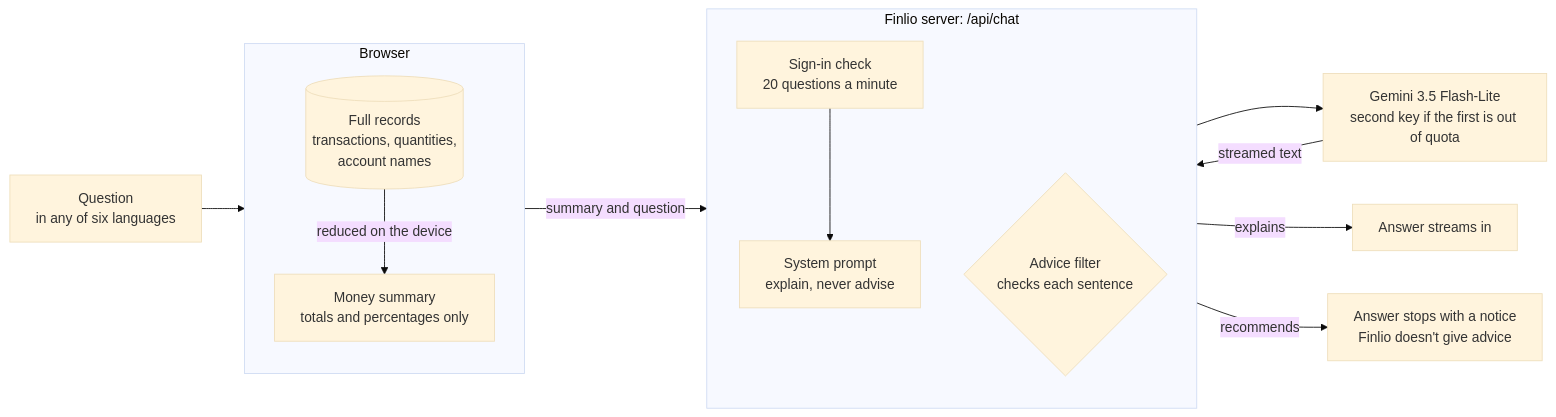
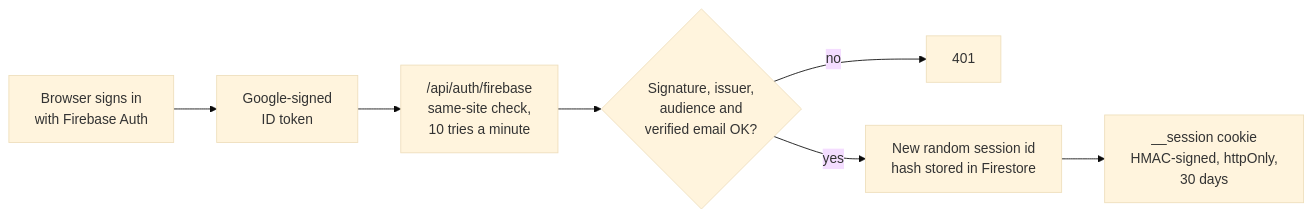
The third of 4 diagrams in README.md (Gokulakrishnxn/Finlioo), drawn with Mermaid (base theme) before and after one commit. The commit also changed other lines of this file, not shown here.

Commit message:
docs: rewrite the README as a solution architecture

````diff
--- a/README.md
+++ b/README.md
@@ -61,30 +171,9 @@
 ```mermaid
 flowchart LR
-    Q["Question<br/>in any of six languages"]
-
-    subgraph Device["Browser"]
-        direction TB
-        Books[("Full records<br/>transactions, quantities,<br/>account names")]
-        Sum["Money summary<br/>totals and percentages only"]
-        Books -- "reduced on the device" --> Sum
-    end
-
-    subgraph Server["Finlio server: /api/chat"]
-        direction TB
-        Gate["Sign-in check<br/>20 questions a minute"]
-        Rules["System prompt<br/>explain, never advise"]
-        Filter{"Advice filter<br/>checks each sentence"}
-    end
-
-    Model["Gemini 3.5 Flash-Lite<br/>second key if the first is out of quota"]
-    Answer["Answer streams in"]
-    Stop["Answer stops with a notice<br/>Finlio doesn't give advice"]
-
-    Q --> Sum
-    Sum -- "summary and question" --> Gate
-    Gate --> Rules
-    Rules --> Model
-    Model -- "streamed text" --> Filter
-    Filter -- "explains" --> Answer
-    Filter -- "recommends" --> Stop
+    A["Browser signs in<br/>with Firebase Auth"] --> B["Google-signed<br/>ID token"]
+    B --> C["/api/auth/firebase<br/>same-site check,<br/>10 tries a minute"]
+    C --> D{"Signature, issuer,<br/>audience and<br/>verified email OK?"}
+    D -- "no" --> X["401"]
+    D -- "yes" --> E["New random session id<br/>hash stored in Firestore"]
+    E --> F["__session cookie<br/>HMAC-signed, httpOnly,<br/>30 days"]
 ```
````
